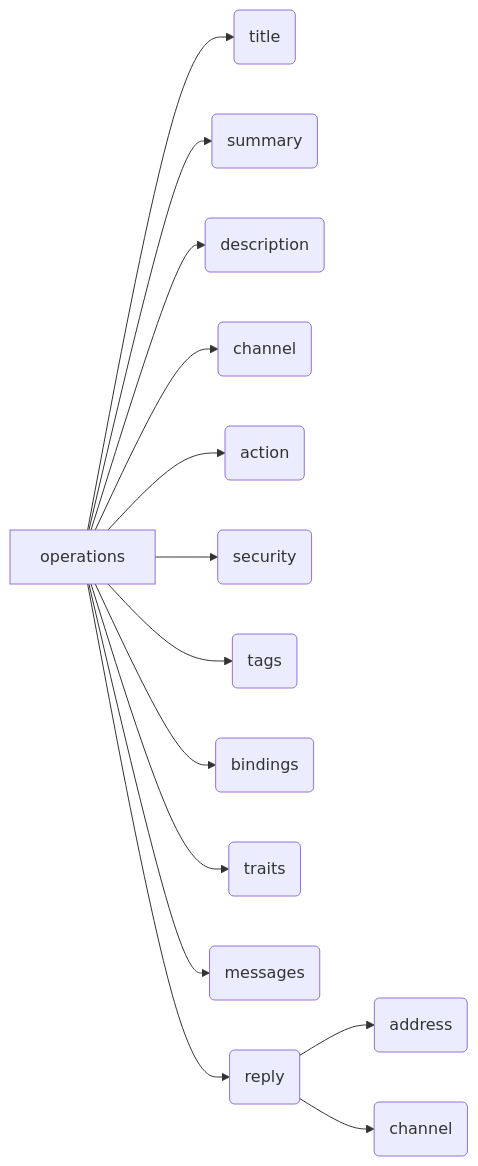
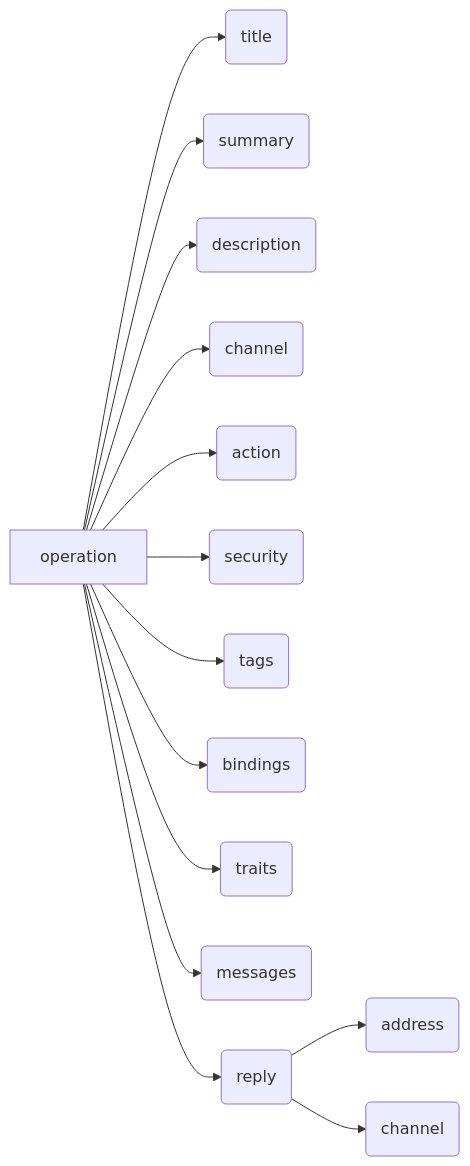
One commit to asyncapi/website changed the fifth of 6 diagrams in pages/docs/concepts/asyncapi-document/structure.md. Above: the diagram before and after it, drawn with Mermaid. The commit also changed other lines of this file, not shown here.

````diff
--- a/pages/docs/concepts/asyncapi-document/structure.md
+++ b/pages/docs/concepts/asyncapi-document/structure.md
@@ -223,31 +223,31 @@
 ```mermaid
 graph LR
-  A[operations]
+  A[operation]
   B(title)
   C(summary)
   D(description)
   E(channel)
   F(action)
   G(security)
   H(tags)
   I(bindings)
   J(traits)
   K(messages)
   L(reply)
   M(address)
   N(channel)
   
   A -->B
   A --> C
   A --> D
   A -->E
   A --> F
   A --> G
   A --> H
   A --> I
   A -->J
   A --> K
   A -->L
   L --> M
   L --> N
 ```
````
